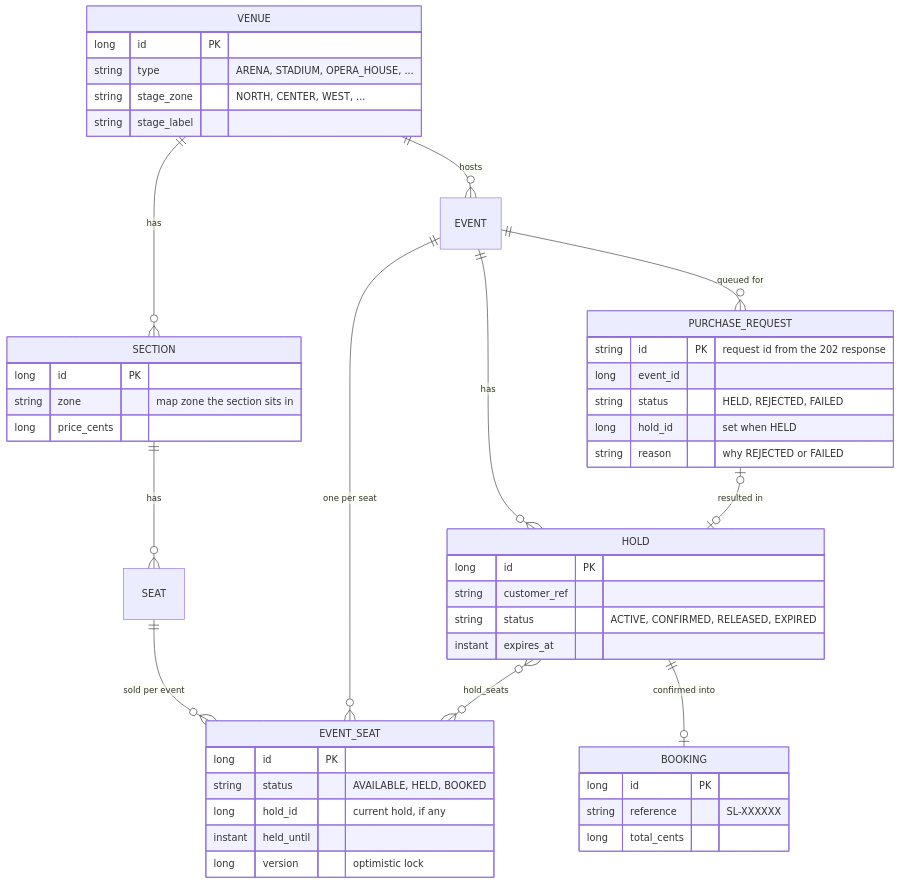
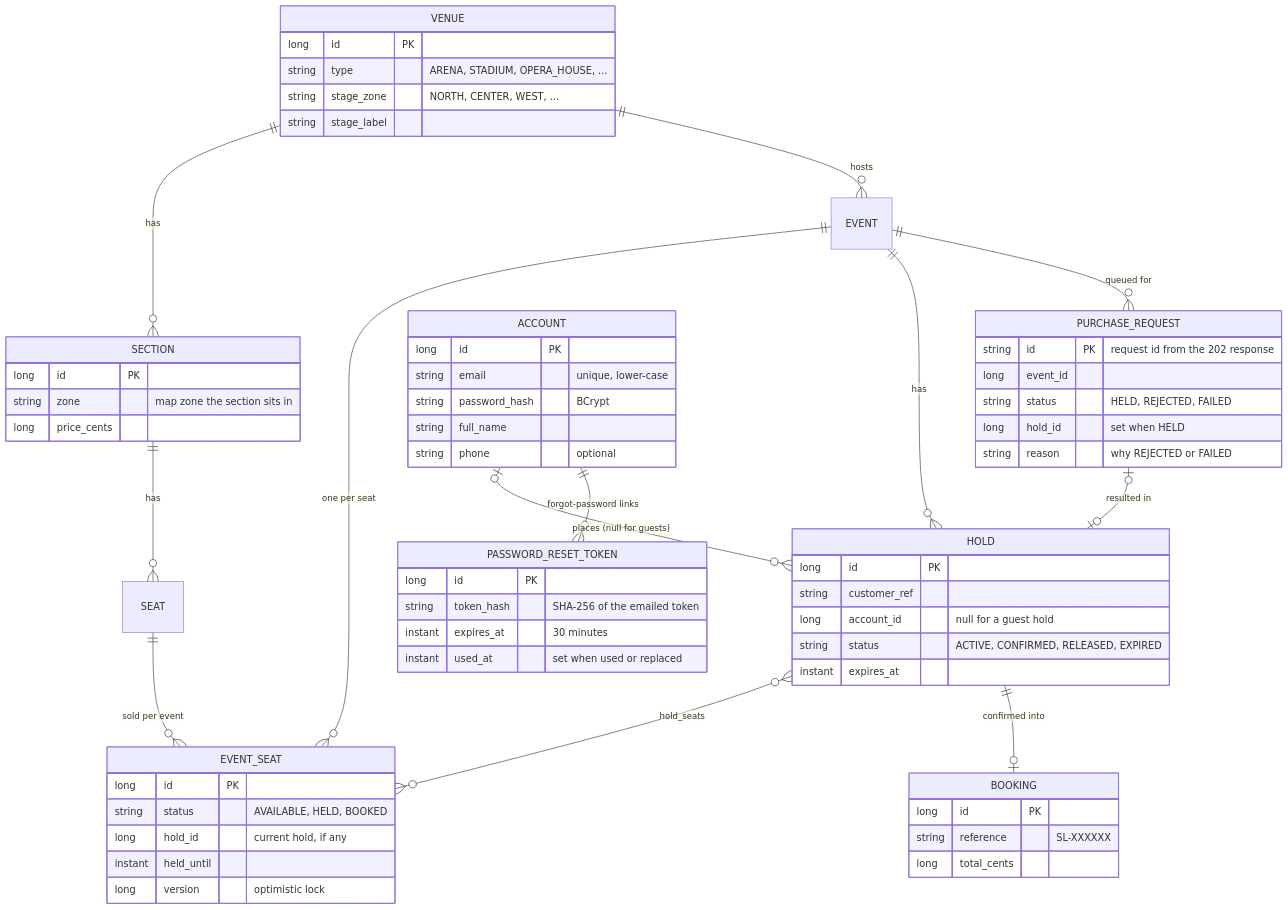
Before and after one commit to mohanarevarapu-commits/SeatLock: the second of 6 diagrams in docs/ARCHITECTURE.md, drawn with Mermaid. The commit also changed other lines of this file and 56 other files, not shown here.

First line of the commit message:
Release 0.5.0: user accounts, sign-in, password reset by email, My bookings

````diff
--- a/docs/ARCHITECTURE.md
+++ b/docs/ARCHITECTURE.md
@@ -61,50 +78,66 @@
 ```mermaid
 erDiagram
     VENUE {
         long id PK
         string type "ARENA, STADIUM, OPERA_HOUSE, ..."
         string stage_zone "NORTH, CENTER, WEST, ..."
         string stage_label
     }
     SECTION {
         long id PK
         string zone "map zone the section sits in"
         long price_cents
     }
     VENUE ||--o{ SECTION : has
     SECTION ||--o{ SEAT : has
     VENUE ||--o{ EVENT : hosts
     EVENT ||--o{ EVENT_SEAT : "one per seat"
     SEAT ||--o{ EVENT_SEAT : "sold per event"
     EVENT ||--o{ HOLD : has
     HOLD }o--o{ EVENT_SEAT : "hold_seats"
     HOLD ||--o| BOOKING : "confirmed into"
     EVENT ||--o{ PURCHASE_REQUEST : "queued for"
     PURCHASE_REQUEST |o--o| HOLD : "resulted in"
+    ACCOUNT |o--o{ HOLD : "places (null for guests)"
+    ACCOUNT ||--o{ PASSWORD_RESET_TOKEN : "forgot-password links"
 
     EVENT_SEAT {
         long id PK
         string status "AVAILABLE, HELD, BOOKED"
         long hold_id "current hold, if any"
         instant held_until
         long version "optimistic lock"
     }
     HOLD {
         long id PK
         string customer_ref
+        long account_id "null for a guest hold"
         string status "ACTIVE, CONFIRMED, RELEASED, EXPIRED"
         instant expires_at
     }
     BOOKING {
         long id PK
         string reference "SL-XXXXXX"
         long total_cents
+    }
+    ACCOUNT {
+        long id PK
+        string email "unique, lower-case"
+        string password_hash "BCrypt"
+        string full_name
+        string phone "optional"
+    }
+    PASSWORD_RESET_TOKEN {
+        long id PK
+        string token_hash "SHA-256 of the emailed token"
+        instant expires_at "30 minutes"
+        instant used_at "set when used or replaced"
     }
     PURCHASE_REQUEST {
         string id PK "request id from the 202 response"
         long event_id
         string status "HELD, REJECTED, FAILED"
         long hold_id "set when HELD"
         string reason "why REJECTED or FAILED"
     }
 ```
````
